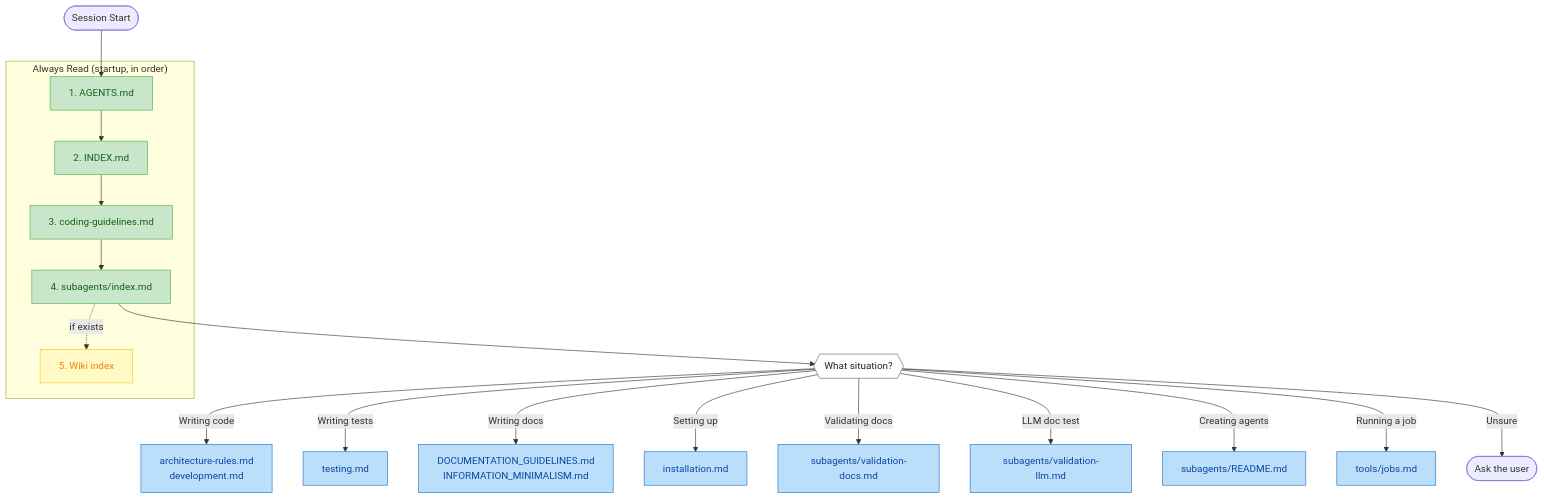
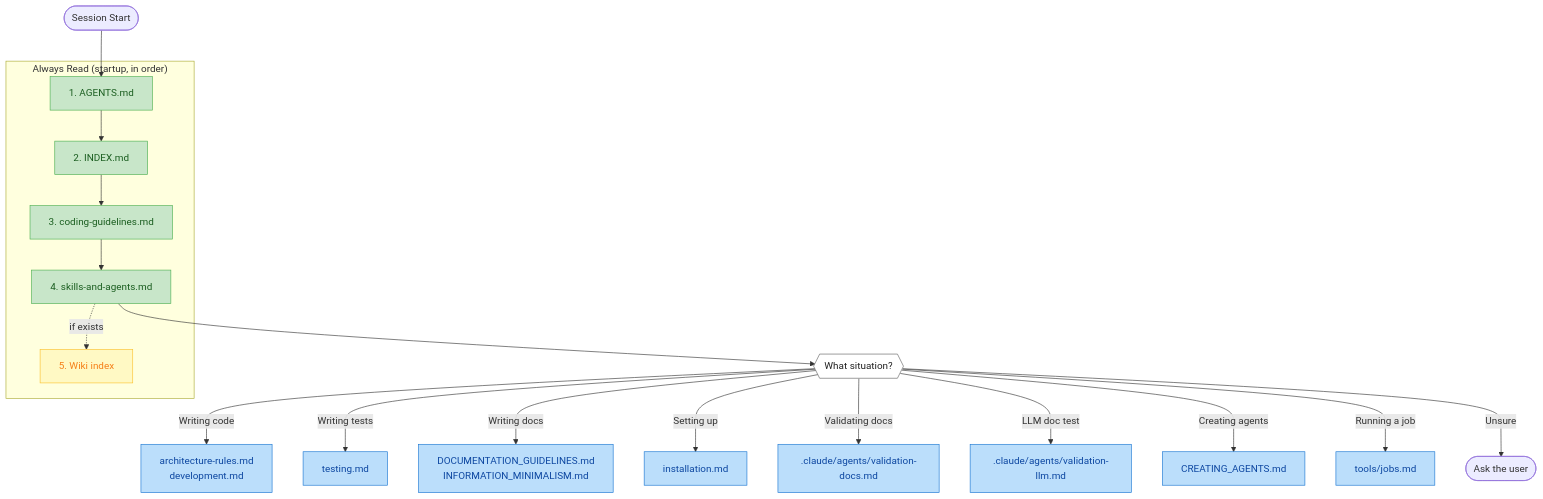
The diagram in docs/README.md (noskule/aiDocs), drawn with Mermaid before and after one commit. The commit also changed 25 other files, not shown here.

First line of the commit message:
refactor: Collapse skills/agent structure to .claude/ as single source (#34)

````diff
--- a/docs/README.md
+++ b/docs/README.md
@@ -23,33 +23,33 @@
 ```mermaid
 flowchart TD
     START([Session Start]) --> M1
 
     subgraph startup ["Always Read (startup, in order)"]
         M1["1. AGENTS.md"] --> M2["2. INDEX.md"]
         M2 --> M3["3. coding-guidelines.md"]
-        M3 --> M4["4. subagents/index.md"]
+        M3 --> M4["4. skills-and-agents.md"]
         M4 -.->|if exists| M5["5. Wiki index"]
     end
 
     M4 --> SIT{{"What situation?"}}
 
     SIT -->|"Writing code"| CODE["architecture-rules.md<br>development.md"]
     SIT -->|"Writing tests"| TEST["testing.md"]
     SIT -->|"Writing docs"| DOCS["DOCUMENTATION_GUIDELINES.md<br>INFORMATION_MINIMALISM.md"]
     SIT -->|"Setting up"| SETUP["installation.md"]
-    SIT -->|"Validating docs"| VDOC["subagents/validation-docs.md"]
-    SIT -->|"LLM doc test"| VLLM["subagents/validation-llm.md"]
-    SIT -->|"Creating agents"| AREADME["subagents/README.md"]
+    SIT -->|"Validating docs"| VDOC[".claude/agents/validation-docs.md"]
+    SIT -->|"LLM doc test"| VLLM[".claude/agents/validation-llm.md"]
+    SIT -->|"Creating agents"| AREADME["CREATING_AGENTS.md"]
     SIT -->|"Running a job"| JOBS["tools/jobs.md"]
     SIT -->|"Unsure"| USER(["Ask the user"])
 
     classDef always fill:#c8e6c9,stroke:#4caf50,color:#1b5e20
     classDef optional fill:#fff9c4,stroke:#fbc02d,color:#f57f17
     classDef conditional fill:#bbdefb,stroke:#1976d2,color:#0d47a1
     classDef decision fill:#fff,stroke:#616161,color:#212121
 
     class M1,M2,M3,M4 always
     class M5 optional
     class CODE,TEST,DOCS,SETUP,VDOC,VLLM,AREADME,JOBS conditional
     class SIT decision
 ```
````
